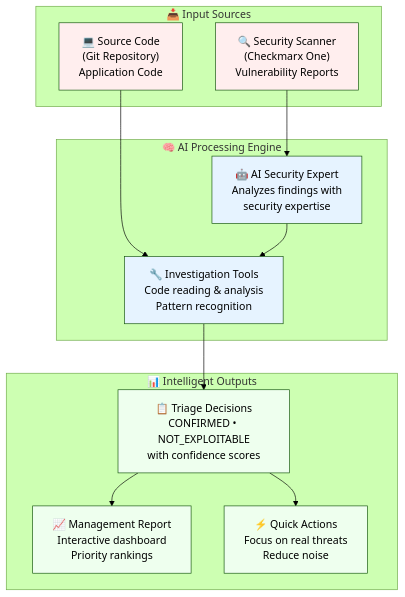
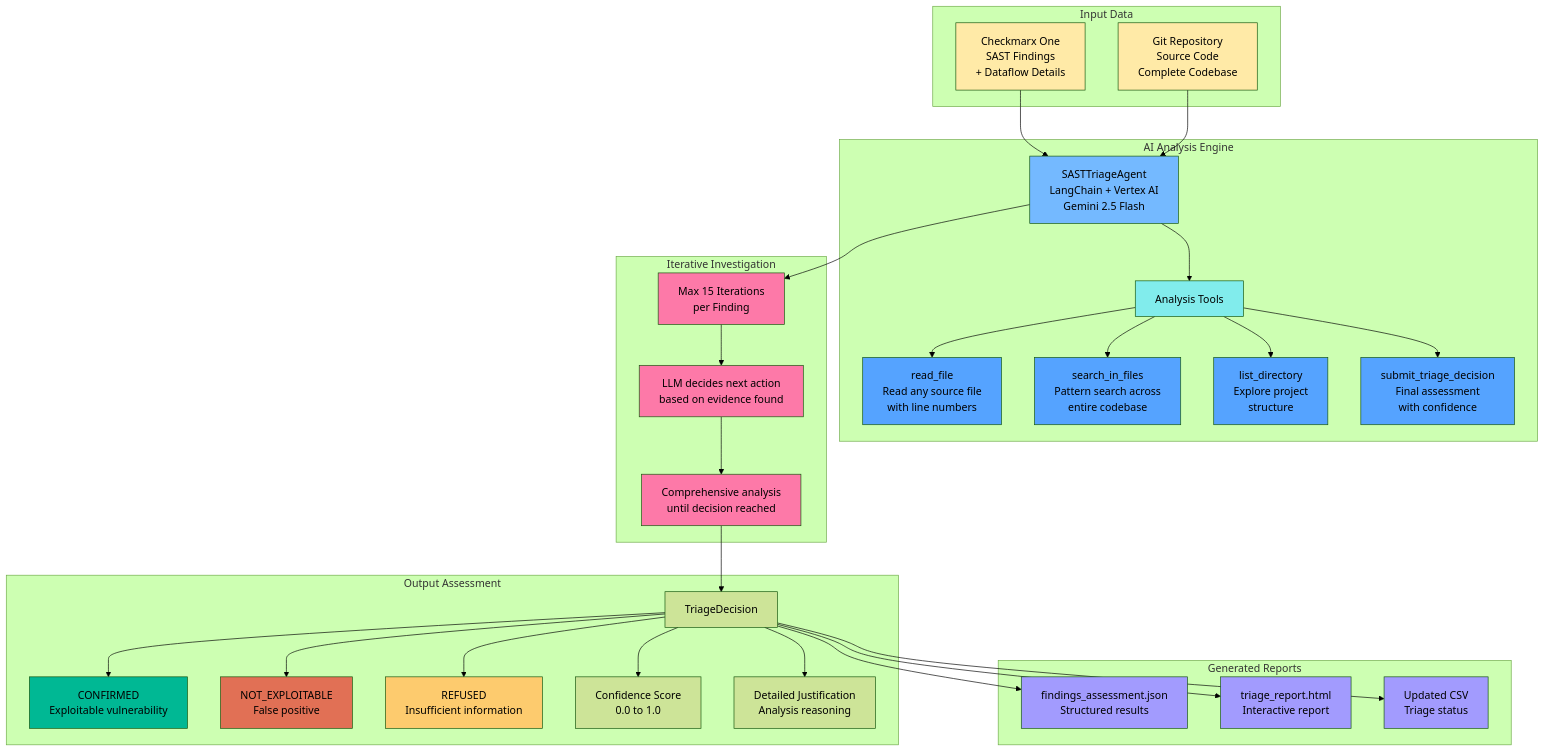
Before and after one commit to random-456/sast-triage-agent: the diagram in SAST_Triage_Agent_Diagram.md, drawn with Mermaid (forest theme). The commit also changed other lines of this file, not shown here.

First line of the commit message:
docs: create single comprehensive functional diagram

````diff
--- a/SAST_Triage_Agent_Diagram.md
+++ b/SAST_Triage_Agent_Diagram.md
@@ -61,33 +9,75 @@
 ```mermaid
 graph TB
-    subgraph "📥 Input Sources"
-        A["🔍 Security Scanner<br/>(Checkmarx One)<br/>Vulnerability Reports"]
-        B["💻 Source Code<br/>(Git Repository)<br/>Application Code"]
+    subgraph "Input Data"
+        A[Checkmarx One<br/>SAST Findings<br/>+ Dataflow Details]
+        B[Git Repository<br/>Source Code<br/>Complete Codebase]
     end
 
-    subgraph "🧠 AI Processing Engine"
-        C["🤖 AI Security Expert<br/>Analyzes findings with<br/>security expertise"]
-        D["🔧 Investigation Tools<br/>Code reading & analysis<br/>Pattern recognition"]
+    subgraph "AI Analysis Engine"
+        C[SASTTriageAgent<br/>LangChain + Vertex AI<br/>Gemini 2.5 Flash]
+        D[Analysis Tools]
+        E[read_file<br/>Read any source file<br/>with line numbers]
+        F[search_in_files<br/>Pattern search across<br/>entire codebase]
+        G[list_directory<br/>Explore project<br/>structure]
+        H[submit_triage_decision<br/>Final assessment<br/>with confidence]
     end
 
-    subgraph "📊 Intelligent Outputs"
-        E["📋 Triage Decisions<br/>CONFIRMED • NOT_EXPLOITABLE<br/>with confidence scores"]
-        F["📈 Management Report<br/>Interactive dashboard<br/>Priority rankings"]
-        G["⚡ Quick Actions<br/>Focus on real threats<br/>Reduce noise"]
+    subgraph "Iterative Investigation"
+        I[Max 15 Iterations<br/>per Finding]
+        J[LLM decides next action<br/>based on evidence found]
+        K[Comprehensive analysis<br/>until decision reached]
+    end
+
+    subgraph "Output Assessment"
+        L[TriageDecision]
+        M[CONFIRMED<br/>Exploitable vulnerability]
+        N[NOT_EXPLOITABLE<br/>False positive]
+        O[REFUSED<br/>Insufficient information]
+        P[Confidence Score<br/>0.0 to 1.0]
+        Q[Detailed Justification<br/>Analysis reasoning]
+    end
+
+    subgraph "Generated Reports"
+        R[findings_assessment.json<br/>Structured results]
+        S[triage_report.html<br/>Interactive report]
+        T[Updated CSV<br/>Triage status]
     end
 
     A --> C
-    B --> D
+    B --> C
     C --> D
     D --> E
-    E --> F
-    E --> G
+    D --> F
+    D --> G
+    D --> H
+    C --> I
+    I --> J
+    J --> K
+    K --> L
+    L --> M
+    L --> N
+    L --> O
+    L --> P
+    L --> Q
+    L --> R
+    L --> S
+    L --> T
 
-    style A fill:#ffeeee
-    style B fill:#ffeeee
-    style C fill:#e6f3ff
-    style D fill:#e6f3ff
-    style E fill:#eeffee
-    style F fill:#eeffee
-    style G fill:#eeffee
+    style A fill:#ffeaa7
+    style B fill:#ffeaa7
+    style C fill:#74b9ff
+    style D fill:#81ecec
+    style E fill:#55a3ff
+    style F fill:#55a3ff
+    style G fill:#55a3ff
+    style H fill:#55a3ff
+    style I fill:#fd79a8
+    style J fill:#fd79a8
+    style K fill:#fd79a8
+    style M fill:#00b894
+    style N fill:#e17055
+    style O fill:#fdcb6e
+    style R fill:#a29bfe
+    style S fill:#a29bfe
+    style T fill:#a29bfe
 ```
````
